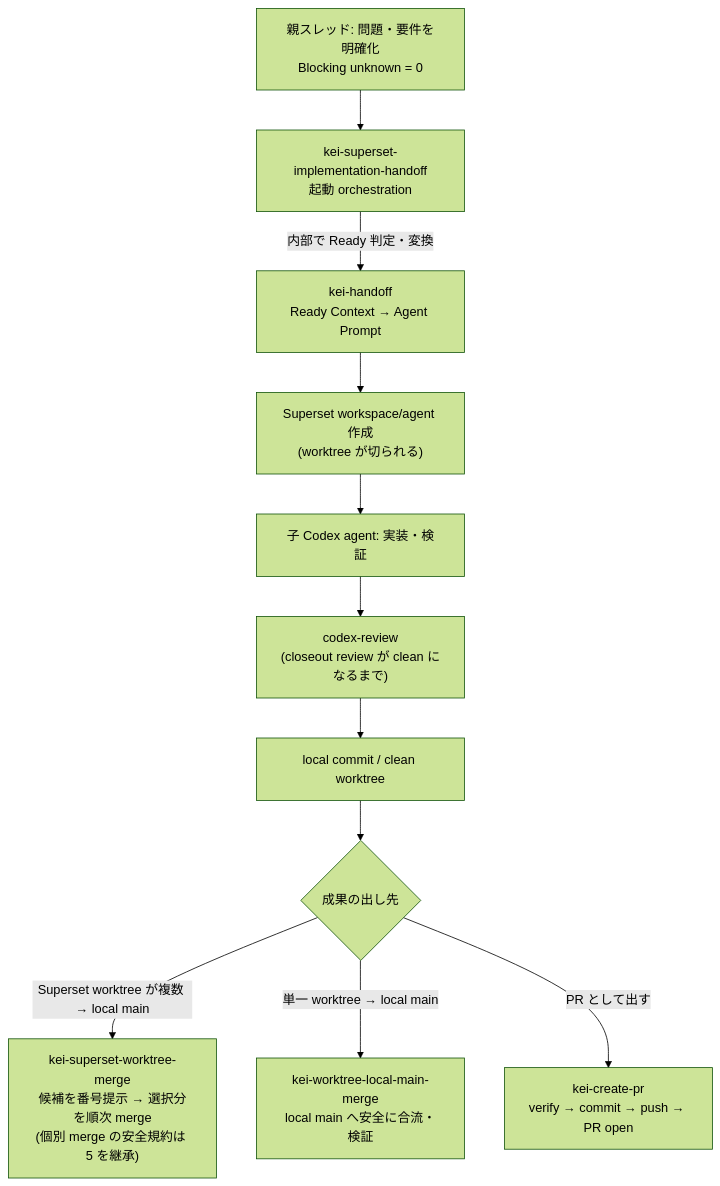
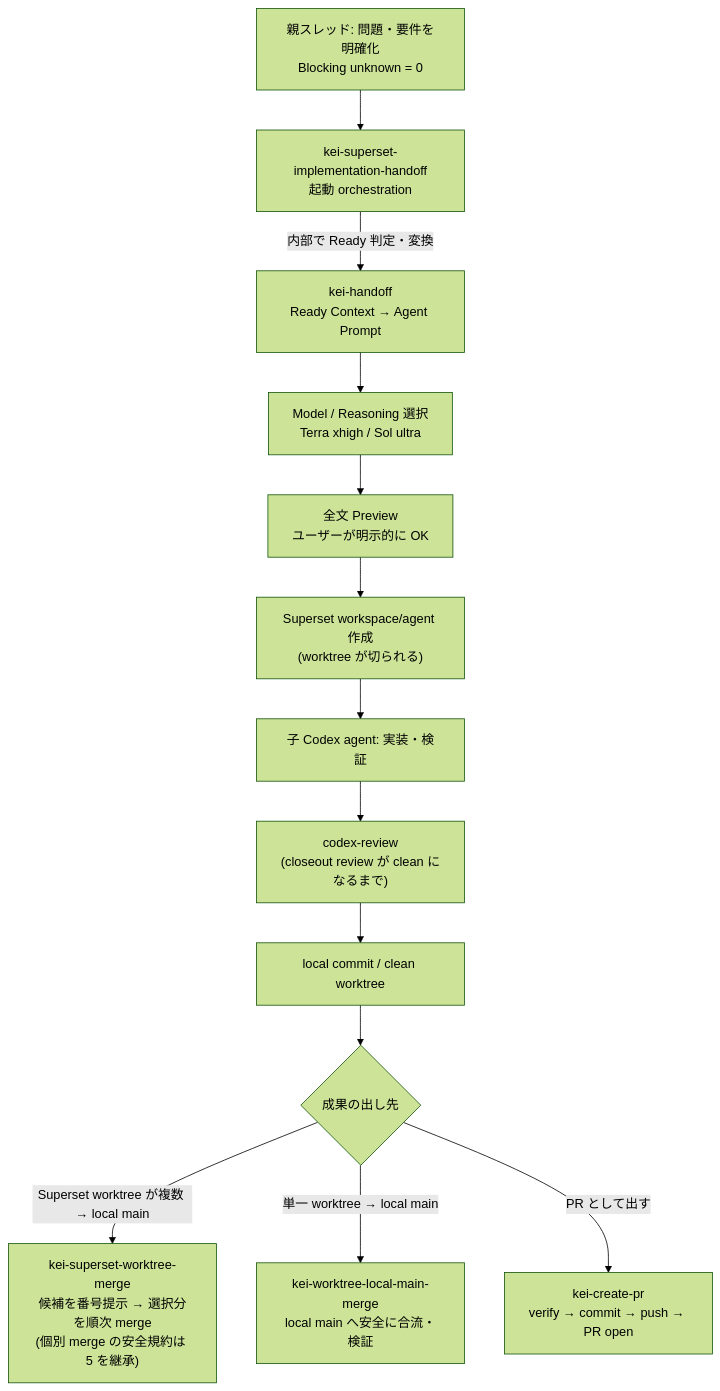
One commit to kei-prog/superset-handoff-flow changed the diagram in README.md. Above: the diagram before and after it, drawn with Mermaid (forest theme). The commit also changed other lines of this file and 3 other files, not shown here.

Commit message:
feat: preview handoff before Superset launch

````diff
--- a/README.md
+++ b/README.md
@@ -9,13 +9,15 @@
 ```mermaid
 flowchart TD
     A["親スレッド: 問題・要件を明確化<br/>Blocking unknown = 0"] --> B["kei-superset-implementation-handoff<br/>起動 orchestration"]
     B -->|内部で Ready 判定・変換| C["kei-handoff<br/>Ready Context → Agent Prompt"]
-    C --> D["Superset workspace/agent 作成<br/>(worktree が切られる)"]
+    C --> M["Model / Reasoning 選択<br/>Terra xhigh / Sol ultra"]
+    M --> P["全文 Preview<br/>ユーザーが明示的に OK"]
+    P --> D["Superset workspace/agent 作成<br/>(worktree が切られる)"]
     D --> E["子 Codex agent: 実装・検証"]
     E --> F["codex-review<br/>(closeout review が clean になるまで)"]
     F --> G["local commit / clean worktree"]
     G --> H{成果の出し先}
     H -->|Superset worktree が複数 → local main| I["kei-superset-worktree-merge<br/>候補を番号提示 → 選択分を順次 merge<br/>(個別 merge の安全規約は 5 を継承)"]
     H -->|単一 worktree → local main| J["kei-worktree-local-main-merge<br/>local main へ安全に合流・検証"]
     H -->|PR として出す| K["kei-create-pr<br/>verify → commit → push → PR open"]
 ```
````
